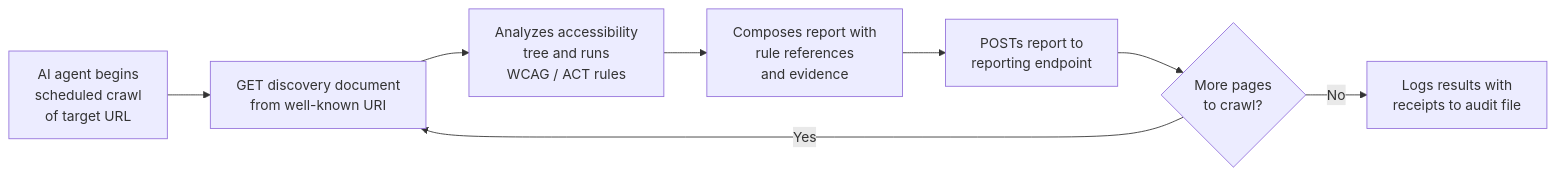
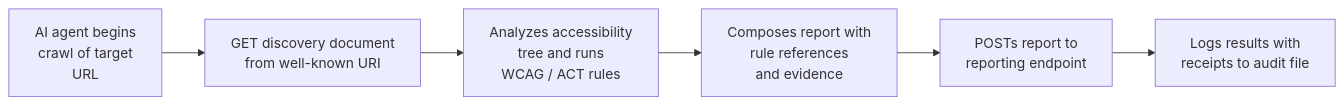
The fourth of 5 diagrams in readme.md (AutoSponge/well-known-accessibility-report), drawn with Mermaid before and after one commit. The commit also changed other lines of this file, not shown here.

Commit message:
fix(readme): remove repeating in journeys

````diff
--- a/readme.md
+++ b/readme.md
@@ -236,10 +234,8 @@
 ```mermaid
 flowchart LR
-    A[AI agent begins<br/>scheduled crawl<br/>of target URL] --> B[GET discovery document<br/>from well-known URI]
+    A[AI agent begins<br/>crawl of target<br/>URL] --> B[GET discovery document<br/>from well-known URI]
     B --> C[Analyzes accessibility<br/>tree and runs<br/>WCAG / ACT rules]
     C --> D[Composes report with<br/>rule references<br/>and evidence]
     D --> E[POSTs report to<br/>reporting endpoint]
-    E --> F{More pages<br/>to crawl?}
-    F -- Yes --> B
-    F -- No --> G[Logs results with<br/>receipts to audit file]
+    E --> G[Logs results with<br/>receipts to audit file]
 ```
````
